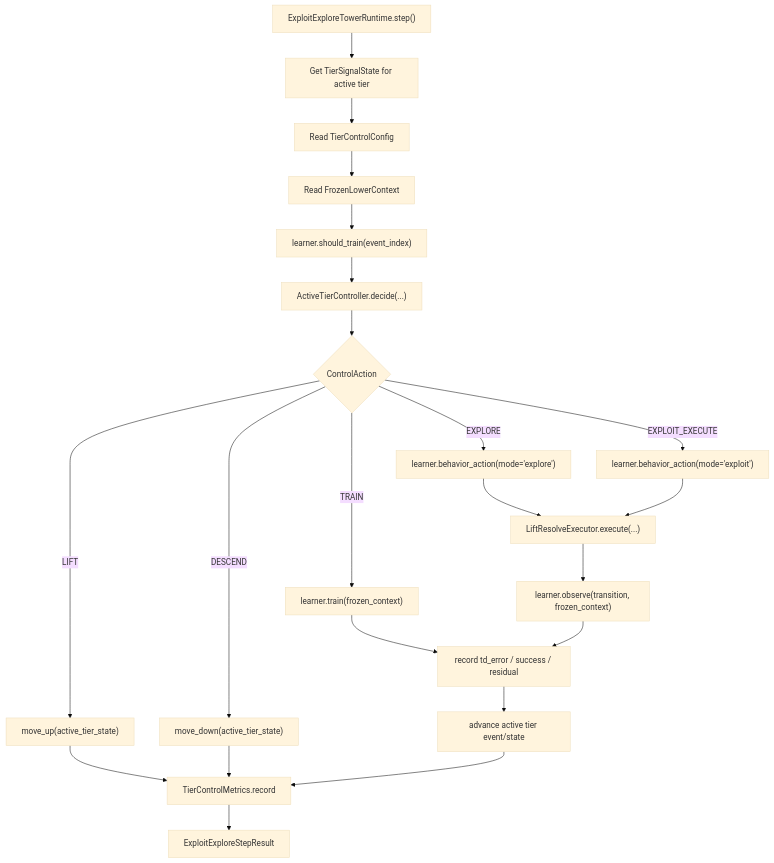
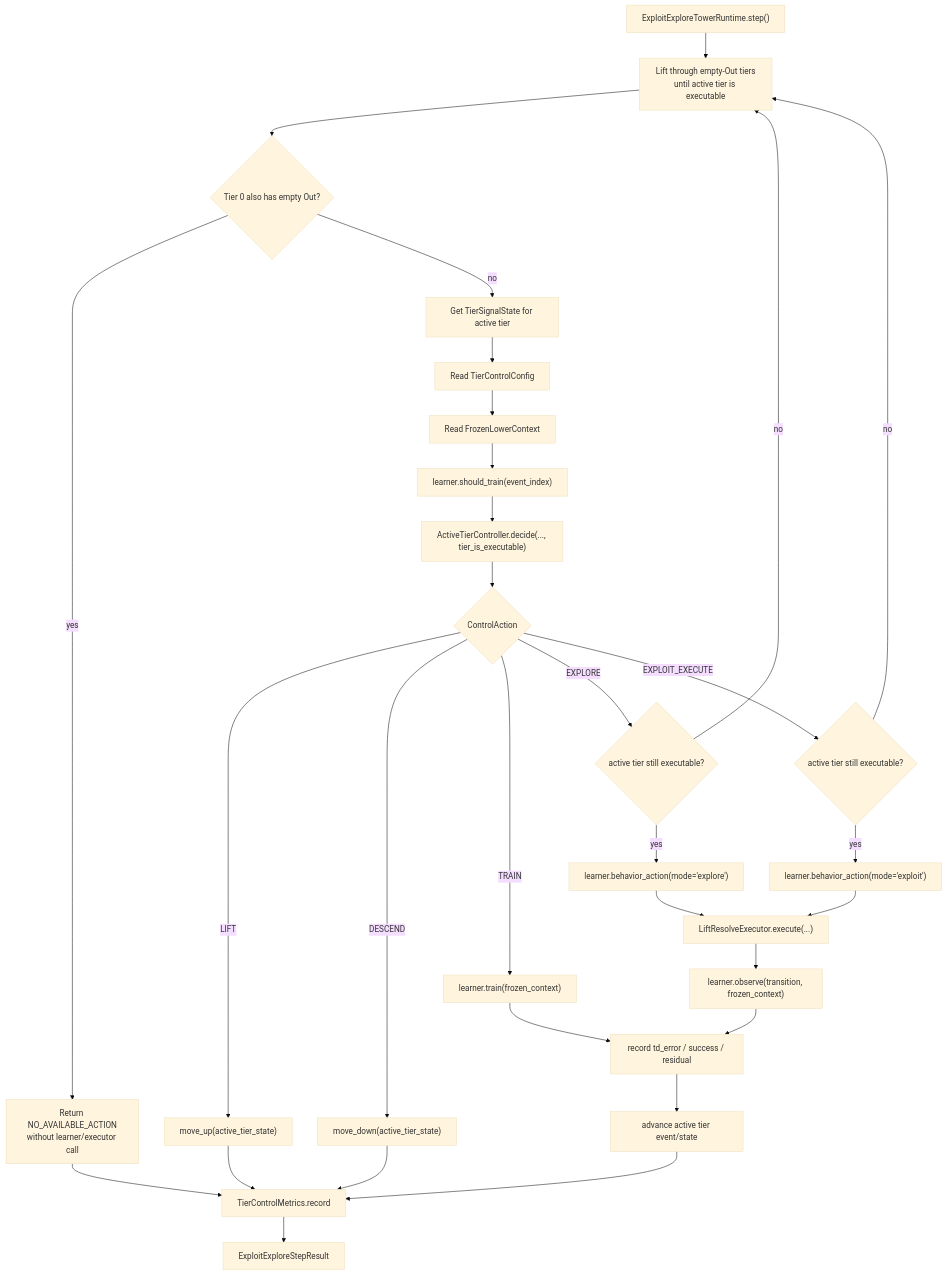
Before and after one commit to TYLERSFOSTER/state_collapser: diagram 16 of 26 in docs/design/system_flow/01_001_system_flowcharts_and_control_flow.md, drawn with Mermaid (base theme). The commit also changed other lines of this file and 16 other files, not shown here.

````diff
--- a/docs/design/system_flow/01_001_system_flowcharts_and_control_flow.md
+++ b/docs/design/system_flow/01_001_system_flowcharts_and_control_flow.md
@@ -532,26 +532,34 @@
 ```mermaid
 flowchart TD
-    Start["ExploitExploreTowerRuntime.step()"] --> Signal["Get TierSignalState for active tier"]
+    Start["ExploitExploreTowerRuntime.step()"] --> Normalize["Lift through empty-Out tiers<br/>until active tier is executable"]
+    Normalize --> NoAction{"Tier 0 also has empty Out?"}
+    NoAction -- yes --> NoAvailable["Return NO_AVAILABLE_ACTION<br/>without learner/executor call"]
+    NoAction -- no --> Signal["Get TierSignalState for active tier"]
     Signal --> Config["Read TierControlConfig"]
     Config --> Frozen["Read FrozenLowerContext"]
     Frozen --> Due["learner.should_train(event_index)"]
-    Due --> Decide["ActiveTierController.decide(...)"]
+    Due --> Decide["ActiveTierController.decide(..., tier_is_executable)"]
     Decide --> Action{"ControlAction"}
 
     Action -- LIFT --> MoveUp["move_up(active_tier_state)"]
     Action -- DESCEND --> MoveDown["move_down(active_tier_state)"]
     Action -- TRAIN --> Train["learner.train(frozen_context)"]
-    Action -- EXPLORE --> BehaviorExplore["learner.behavior_action(mode='explore')"]
-    Action -- EXPLOIT_EXECUTE --> BehaviorExploit["learner.behavior_action(mode='exploit')"]
+    Action -- EXPLORE --> GuardExplore{"active tier still executable?"}
+    Action -- EXPLOIT_EXECUTE --> GuardExploit{"active tier still executable?"}
 
+    GuardExplore -- no --> Normalize
+    GuardExploit -- no --> Normalize
+    GuardExplore -- yes --> BehaviorExplore["learner.behavior_action(mode='explore')"]
+    GuardExploit -- yes --> BehaviorExploit["learner.behavior_action(mode='exploit')"]
     BehaviorExplore --> Execute["LiftResolveExecutor.execute(...)"]
     BehaviorExploit --> Execute
     Execute --> Observe["learner.observe(transition, frozen_context)"]
     Train --> UpdateSignal["record td_error / success / residual"]
     Observe --> UpdateSignal
     MoveUp --> Metrics["TierControlMetrics.record"]
     MoveDown --> Metrics
     UpdateSignal --> Advance["advance active tier event/state"]
     Advance --> Metrics
+    NoAvailable --> Metrics
     Metrics --> Result["ExploitExploreStepResult"]
 ```
````
